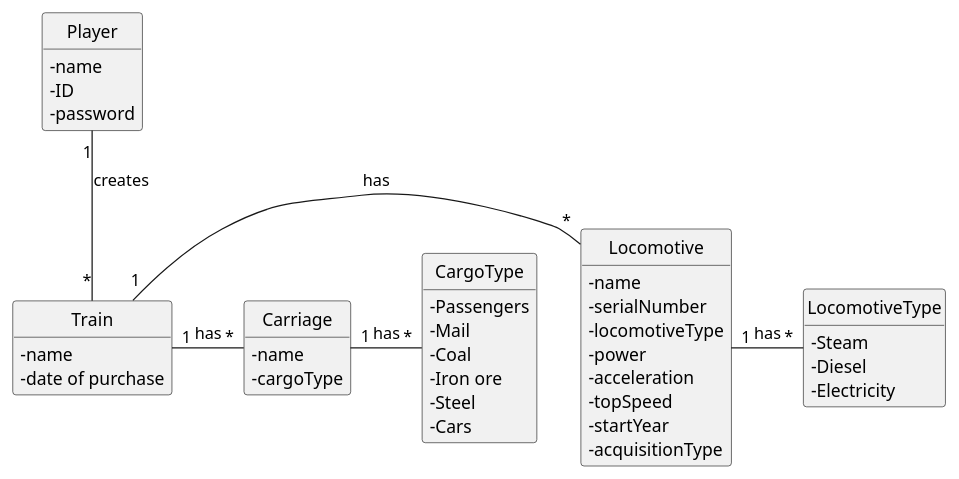
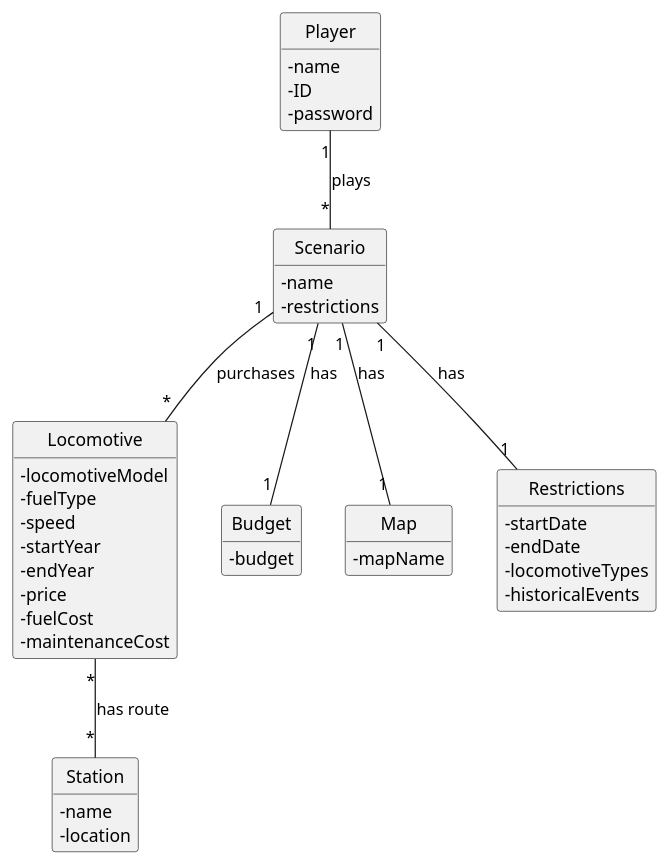
The diagram in docs/sprint2/us009/02.analysis/puml/us009-domain-model.puml (ivasduarte/all-aboard), drawn with PlantUML before and after one commit. The commit also changed 9 other files, not shown here.

```diff
--- a/docs/sprint2/us009/02.analysis/puml/us009-domain-model.puml
+++ b/docs/sprint2/us009/02.analysis/puml/us009-domain-model.puml
@@ -1,62 +1,64 @@
 @startuml
 skinparam monochrome true
 skinparam packageStyle rectangle
 skinparam shadowing false
 
 'left to right direction
 
 skinparam classAttributeIconSize 0
 
 hide circle
 hide methods
 
 'title Domain Model
 
-class Train{
-    - name
-    - date of purchase
-}
 class Locomotive {
-    - name
-    - serialNumber
-    - locomotiveType
-    - power
-    - acceleration
-    - topSpeed
+    - locomotiveModel
+    - fuelType
+    - speed
     - startYear
-    - acquisitionType
+    - endYear
+    - price
+    - fuelCost
+    - maintenanceCost
 }
 
-enum LocomotiveType{
-    - Steam
-    - Diesel
-    - Electricity
+class Scenario {
+    - name
+    - restrictions
 }
 
-class Carriage{
-    - name
-    - cargoType
+class Budget {
+    - budget
 }
 
-enum CargoType{
-    - Passengers
-    - Mail
-    - Coal
-    - Iron ore
-    - Steel
-    - Cars
+class Map {
+    - mapName
+}
+
+class Restrictions {
+    - startDate
+    - endDate
+    - locomotiveTypes
+    - historicalEvents
+}
+
+class Station {
+    - name
+    - location
 }
 
 class Player {
     - name
     - ID
     - password
 }
 
-Train "1" - "*" Locomotive : has
-Player "1" -- "*" Train : creates
-Locomotive "1" - "*" LocomotiveType : has
-Carriage "1" - "*" CargoType : has
-Train "1" - "*" Carriage : has
+Scenario "1" -- "1" Budget : has
+Scenario "1" -- "1" Map : has
+Scenario "1" -- "1" Restrictions : has
+Scenario "1" -- "*" Locomotive : purchases
+Locomotive "*" -- "*" Station : has route
+Player "1" -- "*" Scenario : plays
 
 @enduml
```
